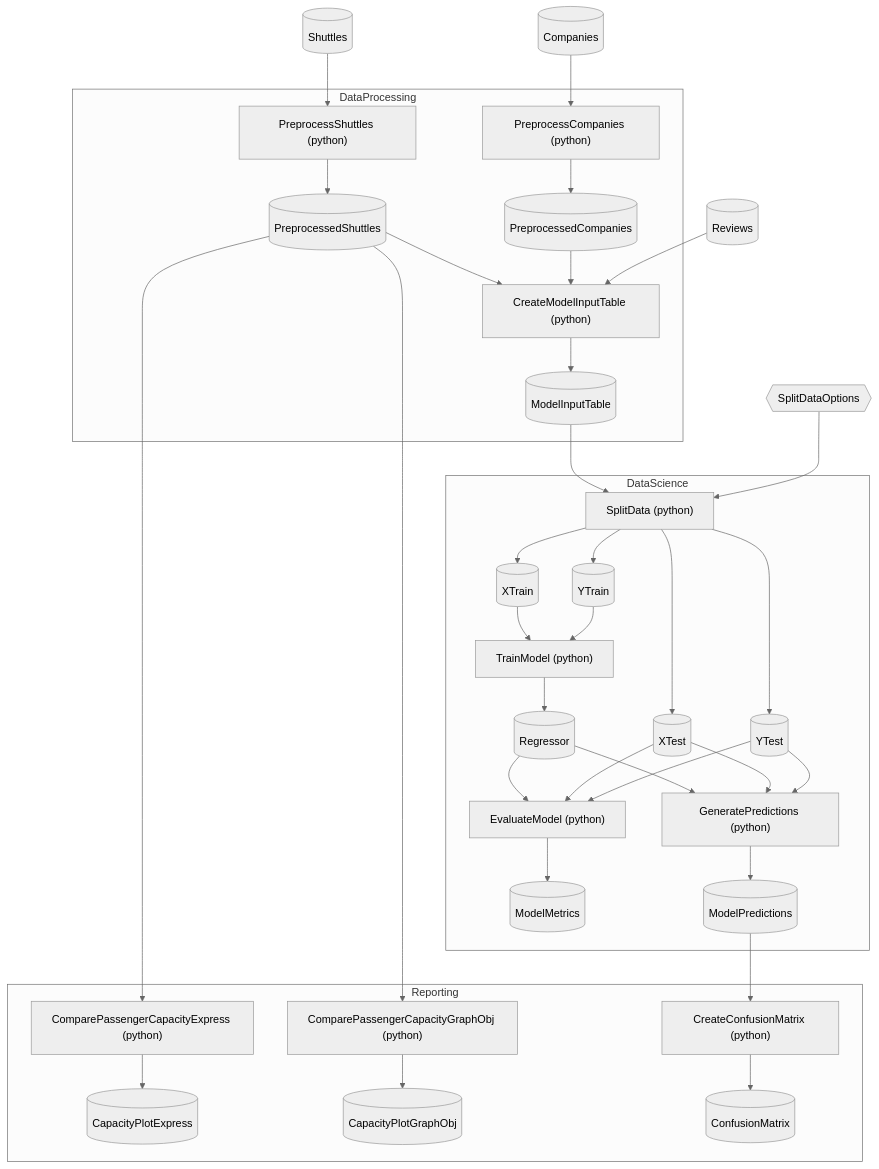
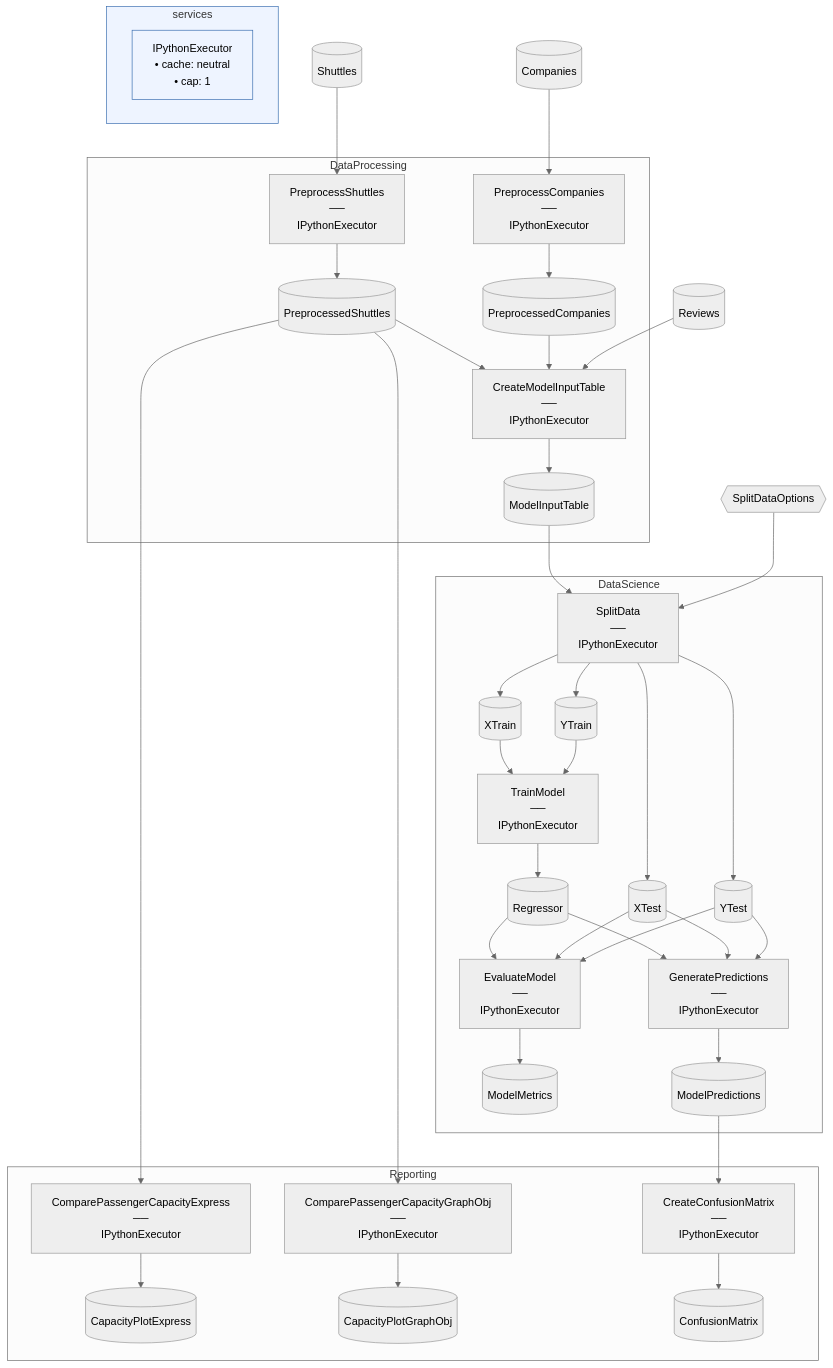
One commit to chaoticgoodcomputing/flowthru changed the diagram in examples/starter/SpaceflightsPython/README.md. Above: the diagram before and after it, drawn with Mermaid (neutral theme). The commit also changed 18 other files, not shown here.

````diff
--- a/examples/starter/SpaceflightsPython/README.md
+++ b/examples/starter/SpaceflightsPython/README.md
@@ -40,75 +40,83 @@
 ```mermaid
 flowchart TB
 
     %% External Data Inputs
     Companies[("Companies")]
     Reviews[("Reviews")]
     Shuttles[("Shuttles")]
     SplitDataOptions{{"SplitDataOptions"}}
 
     subgraph DataProcessing["DataProcessing"]
-        PreprocessCompanies["PreprocessCompanies (python)"]
+        PreprocessCompanies["PreprocessCompanies<br>──<br>IPythonExecutor"]
         PreprocessedCompanies[("PreprocessedCompanies")]
-        PreprocessShuttles["PreprocessShuttles (python)"]
+        PreprocessShuttles["PreprocessShuttles<br>──<br>IPythonExecutor"]
         PreprocessedShuttles[("PreprocessedShuttles")]
-        CreateModelInputTable["CreateModelInputTable (python)"]
+        CreateModelInputTable["CreateModelInputTable<br>──<br>IPythonExecutor"]
         ModelInputTable[("ModelInputTable")]
     end
 
     subgraph DataScience["DataScience"]
-        SplitData["SplitData (python)"]
+        SplitData["SplitData<br>──<br>IPythonExecutor"]
         XTrain[("XTrain")]
         XTest[("XTest")]
         YTrain[("YTrain")]
         YTest[("YTest")]
-        TrainModel["TrainModel (python)"]
+        TrainModel["TrainModel<br>──<br>IPythonExecutor"]
         Regressor[("Regressor")]
-        EvaluateModel["EvaluateModel (python)"]
+        EvaluateModel["EvaluateModel<br>──<br>IPythonExecutor"]
         ModelMetrics[("ModelMetrics")]
-        GeneratePredictions["GeneratePredictions (python)"]
+        GeneratePredictions["GeneratePredictions<br>──<br>IPythonExecutor"]
         ModelPredictions[("ModelPredictions")]
     end
 
     subgraph Reporting["Reporting"]
-        ComparePassengerCapacityExpress["ComparePassengerCapacityExpress (python)"]
+        ComparePassengerCapacityExpress["ComparePassengerCapacityExpress<br>──<br>IPythonExecutor"]
         CapacityPlotExpress[("CapacityPlotExpress")]
-        ComparePassengerCapacityGraphObj["ComparePassengerCapacityGraphObj (python)"]
+        ComparePassengerCapacityGraphObj["ComparePassengerCapacityGraphObj<br>──<br>IPythonExecutor"]
         CapacityPlotGraphObj[("CapacityPlotGraphObj")]
-        CreateConfusionMatrix["CreateConfusionMatrix (python)"]
+        CreateConfusionMatrix["CreateConfusionMatrix<br>──<br>IPythonExecutor"]
         ConfusionMatrix[("ConfusionMatrix")]
     end
+
+    %% Service legend
+    subgraph service_legend["services"]
+        svc_Flowthru_Step_Python_IPythonExecutor["IPythonExecutor<br>• cache: neutral<br>• cap: 1"]
+    end
+    style service_legend fill:#EEF4FF,stroke:#3B6FB0
+    classDef serviceNode fill:#EEF4FF,stroke:#3B6FB0
+    class svc_Flowthru_Step_Python_IPythonExecutor serviceNode
 
     %% Edges
     Companies --> PreprocessCompanies
     PreprocessCompanies --> PreprocessedCompanies
     Shuttles --> PreprocessShuttles
     PreprocessShuttles --> PreprocessedShuttles
     PreprocessedShuttles --> CreateModelInputTable
     PreprocessedCompanies --> CreateModelInputTable
     Reviews --> CreateModelInputTable
     CreateModelInputTable --> ModelInputTable
     PreprocessedShuttles --> ComparePassengerCapacityExpress
     ComparePassengerCapacityExpress --> CapacityPlotExpress
     PreprocessedShuttles --> ComparePassengerCapacityGraphObj
     ComparePassengerCapacityGraphObj --> CapacityPlotGraphObj
     ModelInputTable --> SplitData
     SplitDataOptions --> SplitData
     SplitData --> XTrain
     SplitData --> XTest
     SplitData --> YTrain
     SplitData --> YTest
     XTrain --> TrainModel
     YTrain --> TrainModel
     TrainModel --> Regressor
     Regressor --> EvaluateModel
     XTest --> EvaluateModel
     YTest --> EvaluateModel
     EvaluateModel --> ModelMetrics
     Regressor --> GeneratePredictions
     XTest --> GeneratePredictions
     YTest --> GeneratePredictions
     GeneratePredictions --> ModelPredictions
     ModelPredictions --> CreateConfusionMatrix
     CreateConfusionMatrix --> ConfusionMatrix
 
 ```
````
